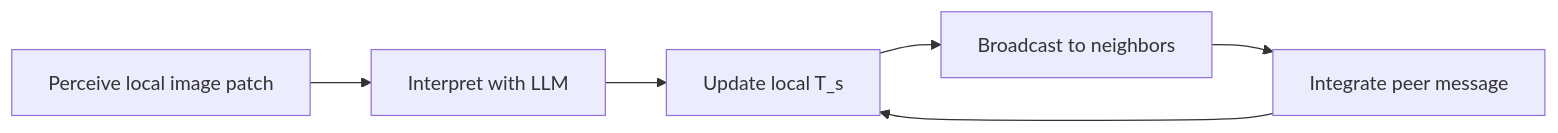
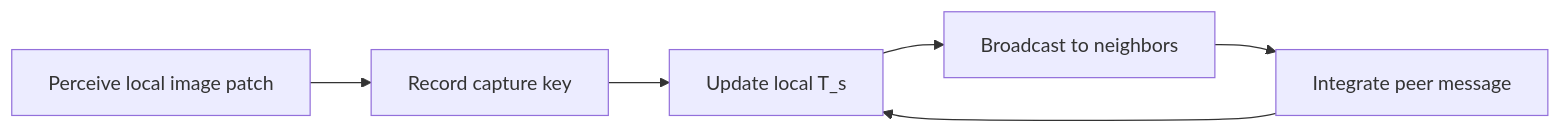
One commit to RetamalVictor/llm-swarm-environmental-perception changed the diagram in docs/methodology.md. Above: the diagram before and after it, drawn with Mermaid. The commit also changed other lines of this file and 5 other files, not shown here.

````diff
--- a/docs/methodology.md
+++ b/docs/methodology.md
@@ -19,8 +19,8 @@
 ```mermaid
 flowchart LR
-  perceive[Perceive local image patch] --> processSelf[Interpret with LLM]
-  processSelf --> updateTs[Update local T_s]
+  perceive[Perceive local image patch] --> recordSelf[Record capture key]
+  recordSelf --> updateTs[Update local T_s]
   updateTs --> broadcast[Broadcast to neighbors]
   broadcast --> synthesize[Integrate peer message]
   synthesize --> updateTs
 ```
````
